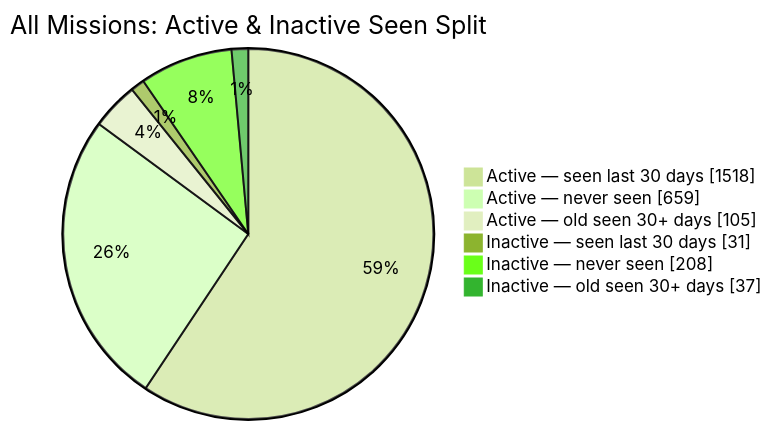
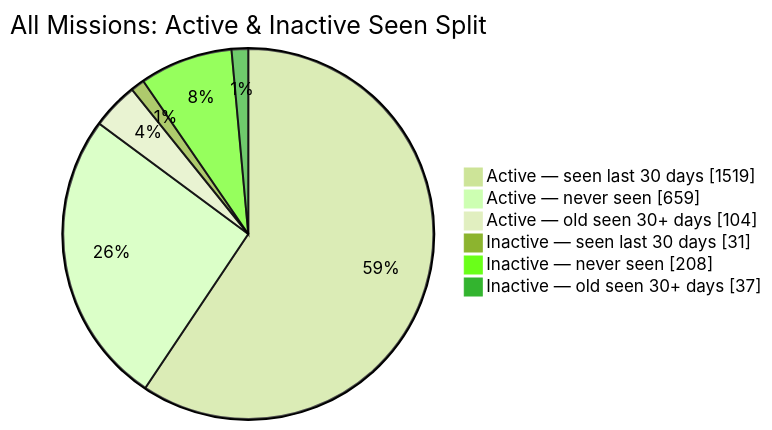
The second of 2 diagrams in README.md (MeldkamerspelGameTeam/active-missions), drawn with Mermaid (forest theme) before and after one commit. The commit also changed other lines of this file and 2 other files, not shown here.

````diff
--- a/README.md
+++ b/README.md
@@ -44,10 +44,10 @@
 ```mermaid
 pie showData
     title All Missions: Active & Inactive Seen Split
-    "Active — seen last 30 days" : 1518
+    "Active — seen last 30 days" : 1519
     "Active — never seen" : 659
-    "Active — old seen 30+ days" : 105
+    "Active — old seen 30+ days" : 104
     "Inactive — seen last 30 days" : 31
     "Inactive — never seen" : 208
     "Inactive — old seen 30+ days" : 37
 ```
````
